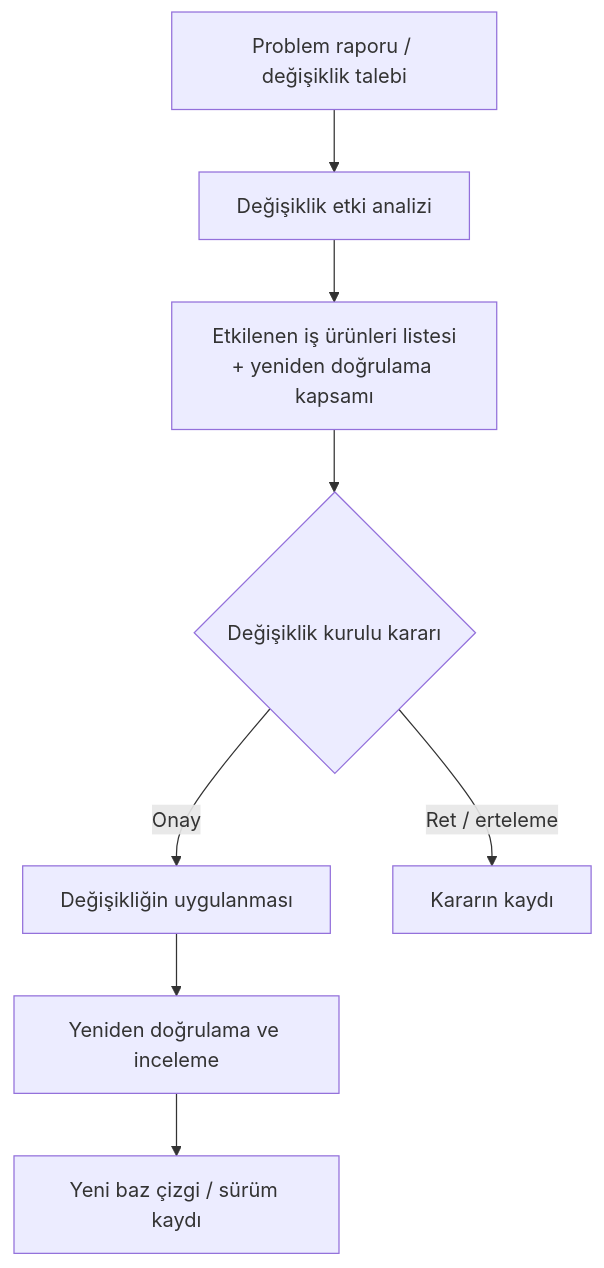
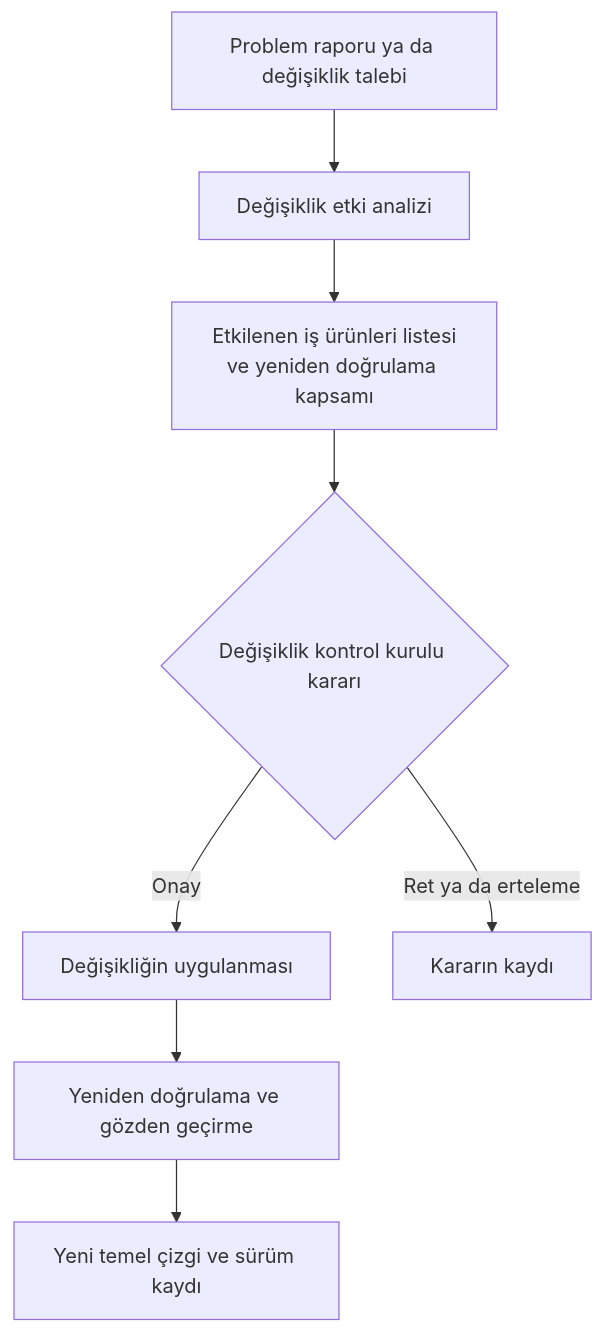
One commit to Mavrikant/aviyonikyazilim changed the diagram in kitap/03-do178c-ile-gelistirme/10-yazilim-konfigurasyon-yonetimi.md. Above: the diagram before and after it, drawn with Mermaid. The commit also changed other lines of this file and 35 other files, not shown here.

````diff
--- a/kitap/03-do178c-ile-gelistirme/10-yazilim-konfigurasyon-yonetimi.md
+++ b/kitap/03-do178c-ile-gelistirme/10-yazilim-konfigurasyon-yonetimi.md
@@ -159,10 +299,10 @@
 ```mermaid
 flowchart TD
-  PR[Problem raporu / değişiklik talebi] --> CIA[Değişiklik etki analizi]
-  CIA --> KAP[Etkilenen iş ürünleri listesi<br/>+ yeniden doğrulama kapsamı]
-  KAP --> CCB{Değişiklik kurulu kararı}
-  CCB -->|Onay| UYG[Değişikliğin uygulanması]
-  CCB -->|Ret / erteleme| KAYIT[Kararın kaydı]
-  UYG --> DOG[Yeniden doğrulama ve inceleme]
-  DOG --> BAZ[Yeni baz çizgi / sürüm kaydı]
+  PR["Problem raporu ya da değişiklik talebi"] --> CIA[Değişiklik etki analizi]
+  CIA --> KAP["Etkilenen iş ürünleri listesi<br/>ve yeniden doğrulama kapsamı"]
+  KAP --> CCB{Değişiklik kontrol kurulu kararı}
+  CCB -- "Onay" --> UYG[Değişikliğin uygulanması]
+  CCB -- "Ret ya da erteleme" --> KAYIT[Kararın kaydı]
+  UYG --> DOG[Yeniden doğrulama ve gözden geçirme]
+  DOG --> TC["Yeni temel çizgi ve sürüm kaydı"]
 ```
````
